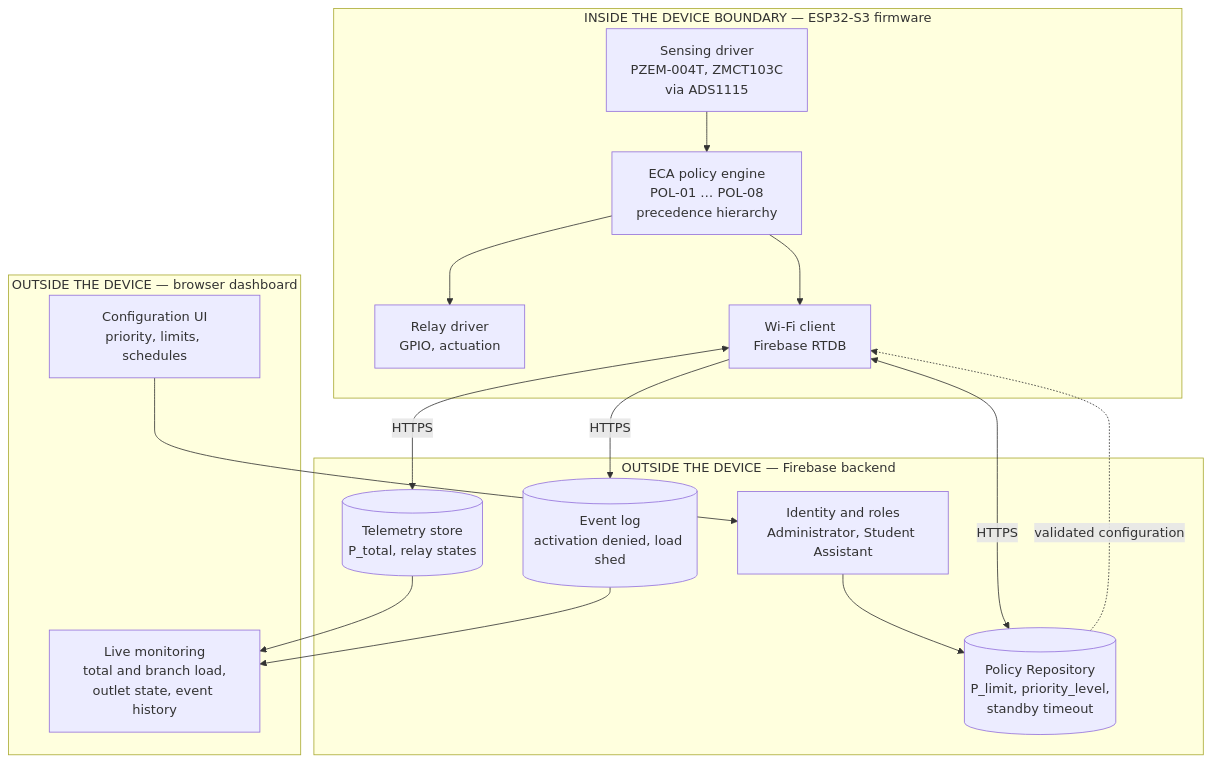
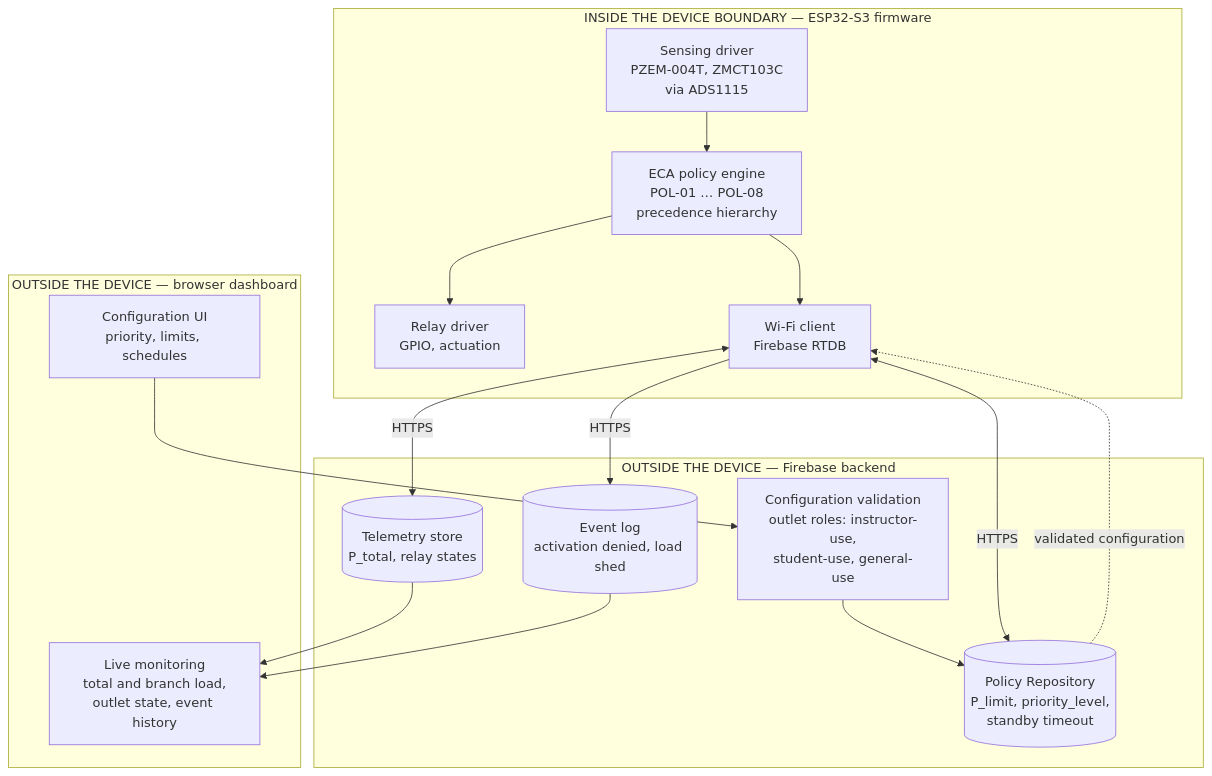
Before and after one commit to Ramenagii/MOR-PowerManagement: the third of 5 diagrams in MOR_Ch3_GPT_Methodology_Figures.md, drawn with Mermaid. The commit also changed other lines of this file and 1 other file, not shown here.

````diff
--- a/MOR_Ch3_GPT_Methodology_Figures.md
+++ b/MOR_Ch3_GPT_Methodology_Figures.md
@@ -107,33 +107,33 @@
 ```mermaid
 flowchart TB
     subgraph DEVICE["INSIDE THE DEVICE BOUNDARY — ESP32-S3 firmware"]
         DRV["Sensing driver<br/>PZEM-004T, ZMCT103C<br/>via ADS1115"]
         ECA["ECA policy engine<br/>POL-01 … POL-08<br/>precedence hierarchy"]
         RLY["Relay driver<br/>GPIO, actuation"]
         CONN["Wi-Fi client<br/>Firebase RTDB"]
         DRV --> ECA
         ECA --> RLY
         ECA --> CONN
     end
 
     subgraph CLOUD["OUTSIDE THE DEVICE — Firebase backend"]
         REPO[("Policy Repository<br/>P_limit, priority_level,<br/>standby timeout")]
         TEL[("Telemetry store<br/>P_total, relay states")]
         LOG[("Event log<br/>activation denied, load shed")]
-        AUTH["Identity and roles<br/>Administrator, Student Assistant"]
+        AUTH["Configuration validation<br/>outlet roles: instructor-use,<br/>student-use, general-use"]
         AUTH --> REPO
     end
 
     subgraph CLIENT["OUTSIDE THE DEVICE — browser dashboard"]
         UI["Configuration UI<br/>priority, limits, schedules"]
         MON["Live monitoring<br/>total and branch load,<br/>outlet state, event history"]
         UI --> AUTH
     end
 
     CONN <-->|"HTTPS"| TEL
     CONN <-->|"HTTPS"| REPO
     CONN -->|"HTTPS"| LOG
     TEL --> MON
     LOG --> MON
     REPO -.->|"validated configuration"| CONN
 ```
````
